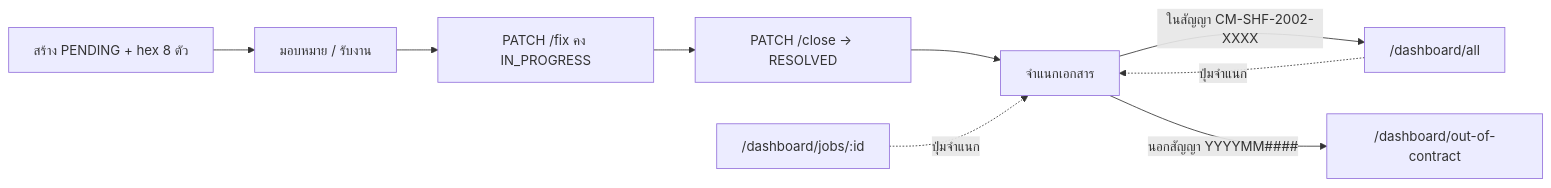
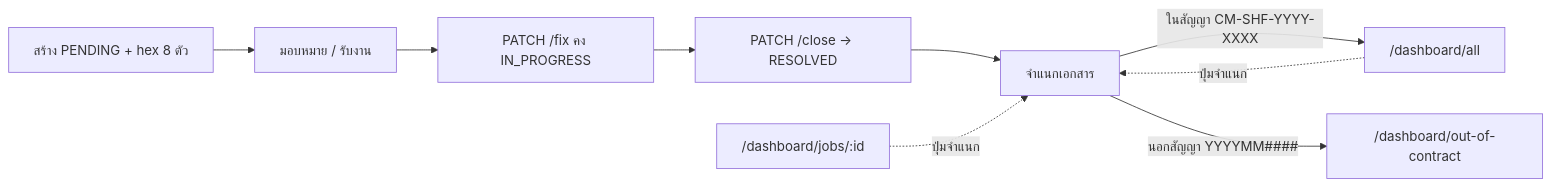
The sixth of 14 diagrams in docs/System-Workflow.md (sakdipath-sawangnath/dtrs-app), drawn with Mermaid before and after one commit. The commit also changed other lines of this file and 29 other files, not shown here.

````diff
--- a/docs/System-Workflow.md
+++ b/docs/System-Workflow.md
@@ -234,13 +234,13 @@
 ```mermaid
 flowchart LR
   create[สร้าง PENDING + hex 8 ตัว]
   assign[มอบหมาย / รับงาน]
   fix[PATCH /fix คง IN_PROGRESS]
   close[PATCH /close → RESOLVED]
   classify[จำแนกเอกสาร]
   create --> assign --> fix --> close --> classify
-  classify -->|ในสัญญา CM-SHF-2002-XXXX| allPage["/dashboard/all"]
+  classify -->|ในสัญญา CM-SHF-YYYY-XXXX| allPage["/dashboard/all"]
   classify -->|นอกสัญญา YYYYMM####| oocPage["/dashboard/out-of-contract"]
   allPage -.->|ปุ่มจำแนก| classify
   detail["/dashboard/jobs/:id"] -.->|ปุ่มจำแนก| classify
 ```
````
